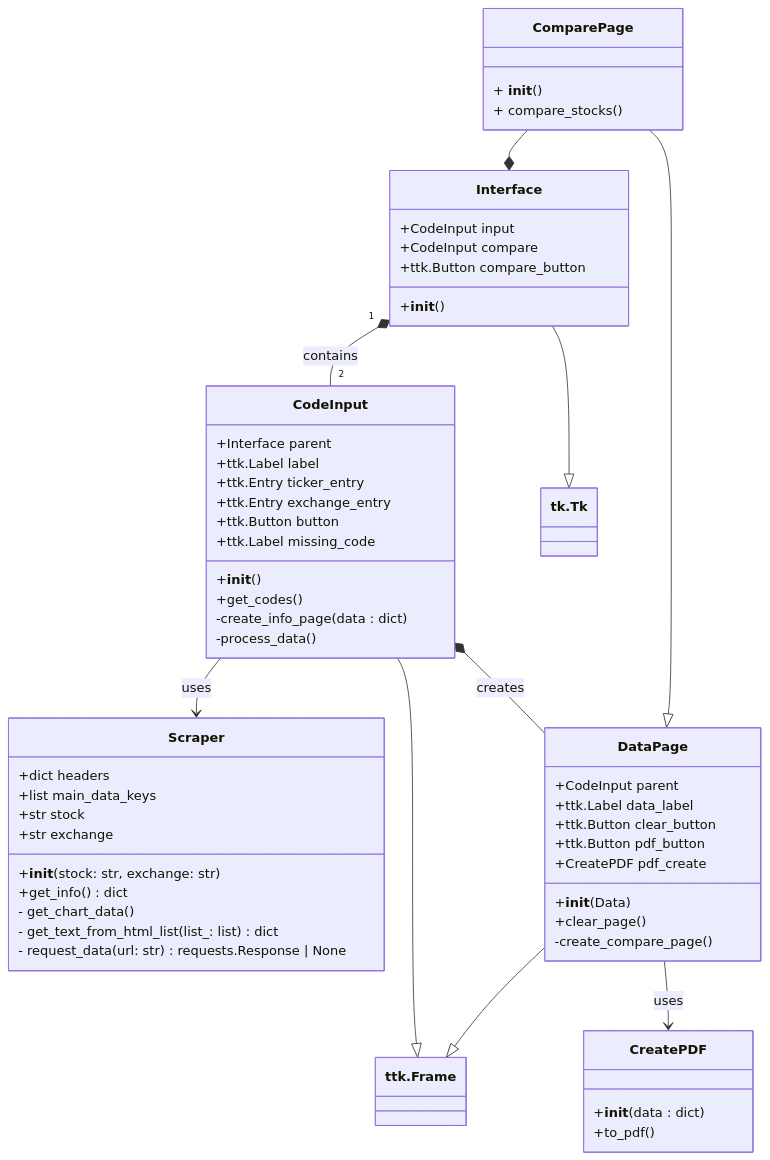
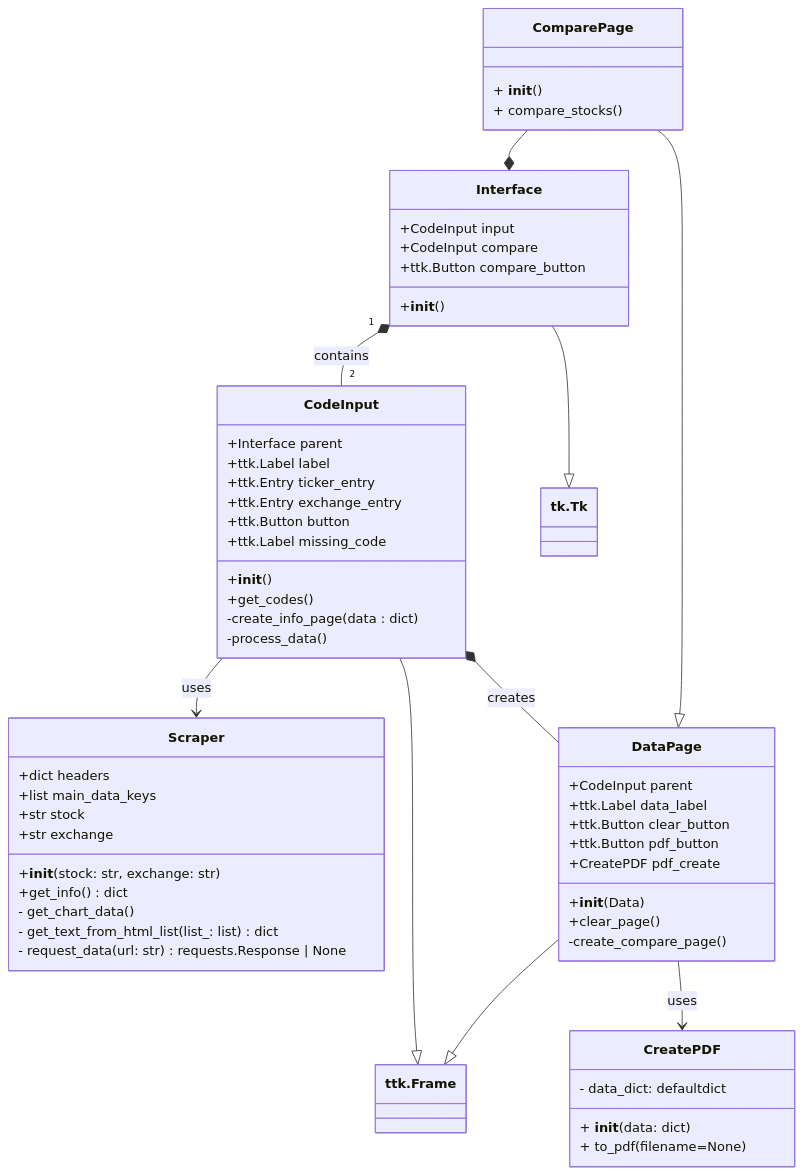
Before and after one commit to AndrevLare/Stock-Dealer: the diagram in README.md, drawn with Mermaid.

Commit message:
Updated Class diagram

````diff
--- a/README.md
+++ b/README.md
@@ -4,68 +4,69 @@
 ```mermaid
 
 classDiagram
 
     class Interface {
         +CodeInput input
         +CodeInput compare
         +ttk.Button compare_button
         +__init__()
     }
 
     class CodeInput {
         +Interface parent
         +ttk.Label label
         +ttk.Entry ticker_entry
         +ttk.Entry exchange_entry
         +ttk.Button button
         +ttk.Label missing_code
         +__init__()
         +get_codes()
         -create_info_page(data : dict) 
         -process_data()
     }
 
 class Scraper {
         +dict headers
         +list main_data_keys
         +str stock
         +str exchange
         +__init__(stock: str, exchange: str)
         +get_info() dict
         - get_chart_data()
         - get_text_from_html_list(list_: list) dict
         - request_data(url: str) requests.Response | None
     }
 
     class DataPage {
         +CodeInput parent
         +ttk.Label data_label
         +ttk.Button clear_button
         +ttk.Button pdf_button
         +CreatePDF pdf_create
         +__init__(Data)
         +clear_page()
         -create_compare_page()
     }
 
-    class CreatePDF {
-        +__init__(data : dict)
-        +to_pdf()
-    }
-
     class ComparePage {
         + __init__()
         + compare_stocks()
+    }
+
+    class CreatePDF {
+        - data_dict: defaultdict
+        + __init__(data: dict)
+        + to_pdf(filename=None)
     }
 
     Interface "1" *-- "2" CodeInput: contains
     
     Interface --|> tk.Tk
     CodeInput --> Scraper: uses
     CodeInput *-- DataPage: creates
     DataPage --> CreatePDF: uses
     CodeInput --|> ttk.Frame
     ComparePage --|> DataPage
     DataPage --|> ttk.Frame
     ComparePage --* Interface
 ```
````
